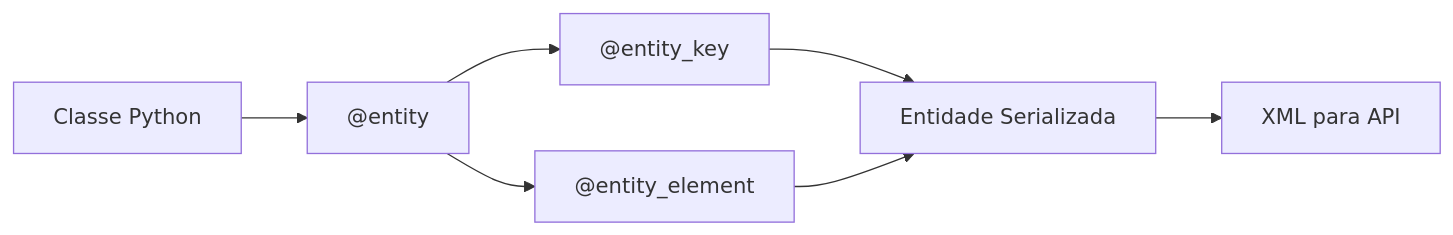
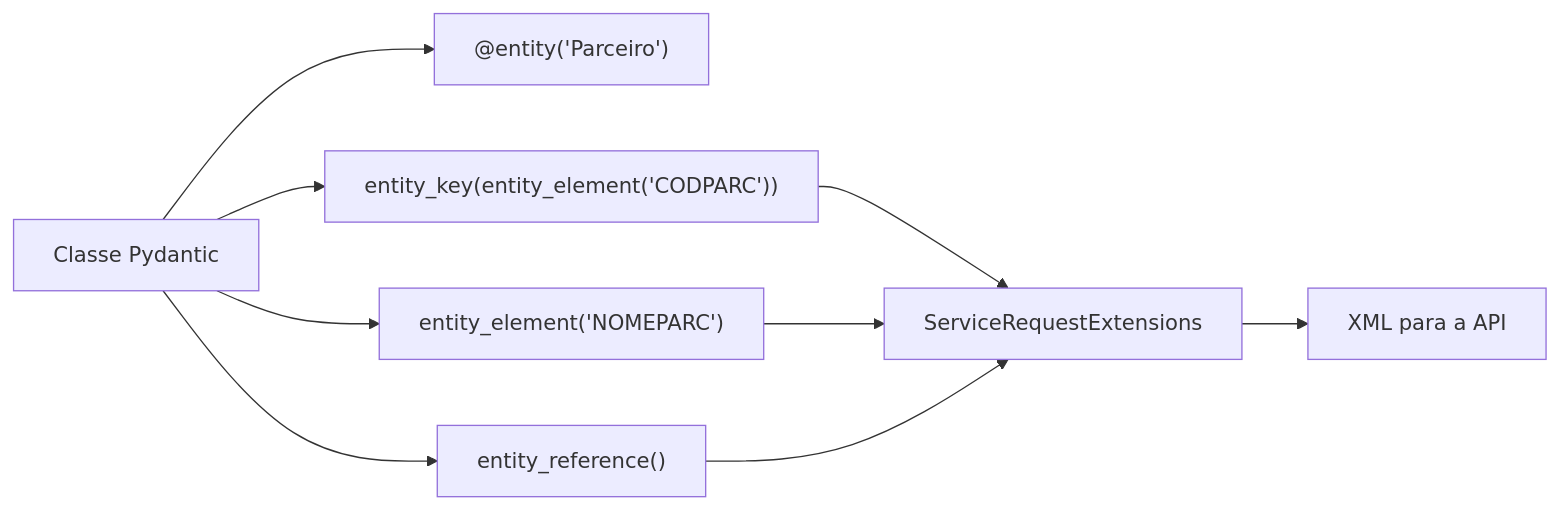
Before and after one commit to ssmvictor/Sankhya-SDK-python: the first of 3 diagrams in docs/core-concepts/entity-system.md, drawn with Mermaid. The commit also changed other lines of this file and 1 other file, not shown here.

````diff
--- a/docs/core-concepts/entity-system.md
+++ b/docs/core-concepts/entity-system.md
@@ -9,9 +14,11 @@
 ```mermaid
 graph LR
-    A[Classe Python] --> B["@entity"]
-    B --> C["@entity_key"]
-    B --> D["@entity_element"]
-    C --> E[Entidade Serializada]
+    A[Classe Pydantic] --> B["@entity('Parceiro')"]
+    A --> C["entity_key(entity_element('CODPARC'))"]
+    A --> D["entity_element('NOMEPARC')"]
+    A --> R["entity_reference()"]
+    C --> E[ServiceRequestExtensions]
     D --> E
-    E --> F[XML para API]
+    R --> E
+    E --> F[XML para a API]
 ```
````
